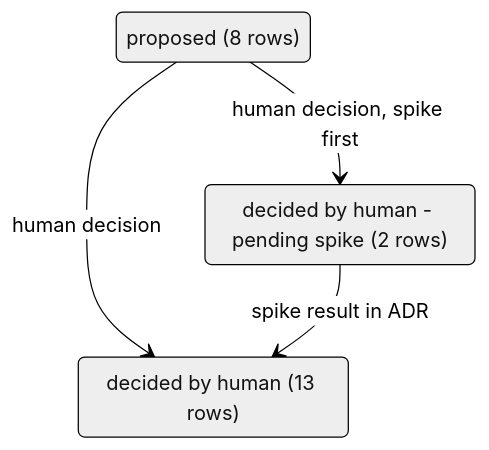
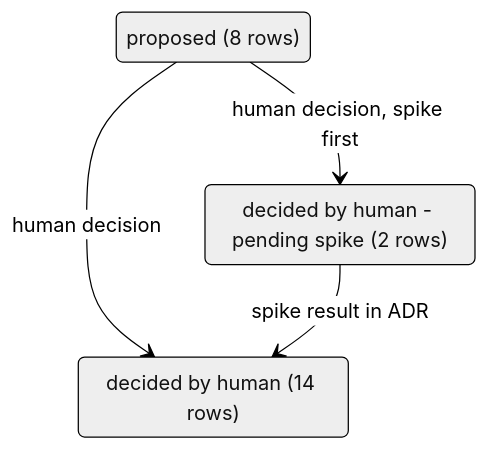
Before and after one commit to virgenherrera/lan-solution-template: the third of 5 diagrams in docs/roadmap/PROPOSAL.md, drawn with Mermaid (neutral theme). The commit also changed other lines of this file and 7 other files, not shown here.

````diff
--- a/docs/roadmap/PROPOSAL.md
+++ b/docs/roadmap/PROPOSAL.md
@@ -96,9 +96,9 @@
 ```mermaid
 stateDiagram-v2
     state "proposed (8 rows)" as proposed
-    state "decided by human (13 rows)" as human_decision
+    state "decided by human (14 rows)" as human_decision
     state "decided by human - pending spike (2 rows)" as pending_spike
     proposed --> human_decision : human decision
     proposed --> pending_spike : human decision, spike first
     pending_spike --> human_decision : spike result in ADR
 ```
````
